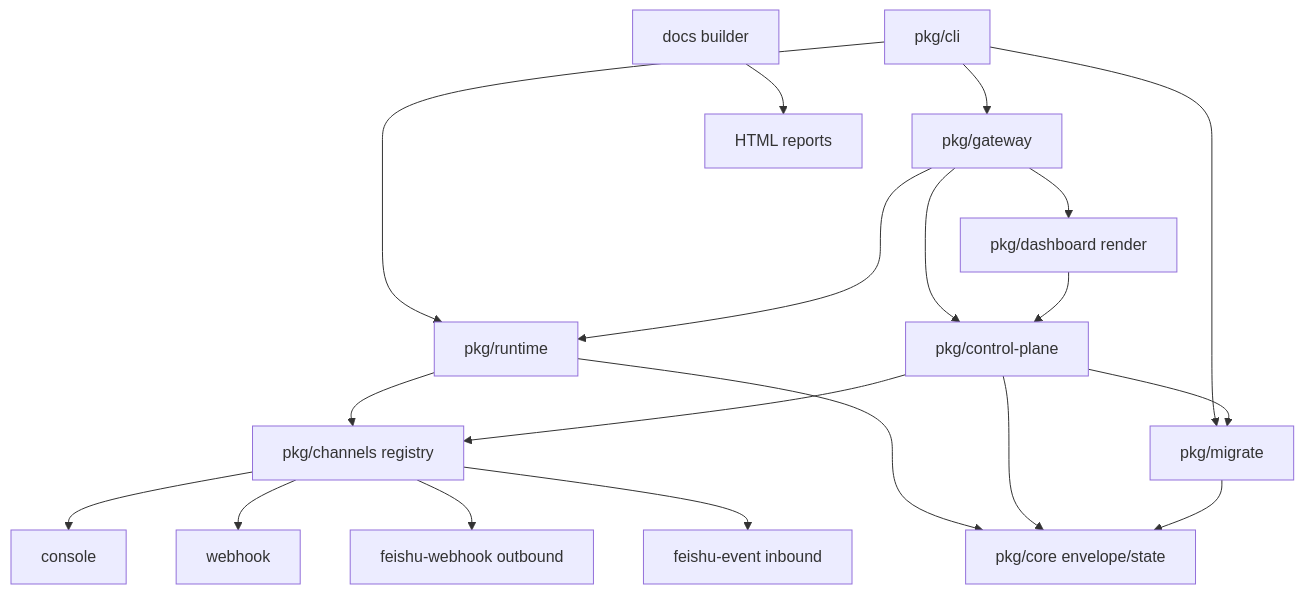
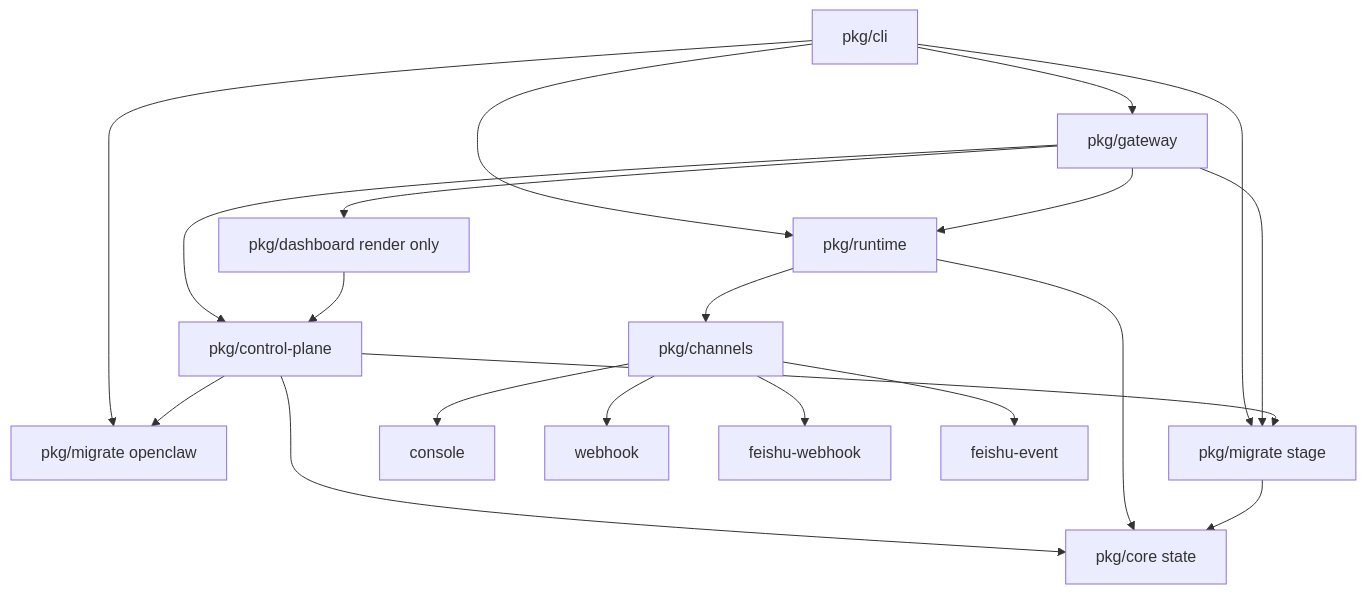
Before and after one commit to mayf3/myclaw: the second of 9 diagrams in docs/implementation-architecture.md, drawn with Mermaid. The commit also changed other lines of this file and 18 other files, not shown here.

Commit message:
feat: guard gateway mutations and stage openclaw migration

````diff
--- a/docs/implementation-architecture.md
+++ b/docs/implementation-architecture.md
@@ -55,22 +60,23 @@
 ```mermaid
 flowchart TB
   CLI[pkg/cli] --> Runtime[pkg/runtime]
+  CLI --> MigratePlan[pkg/migrate openclaw]
+  CLI --> MigrateStage[pkg/migrate stage]
   CLI --> Gateway[pkg/gateway]
-  CLI --> Migrate[pkg/migrate]
   Gateway --> Runtime
-  Gateway --> Dashboard[pkg/dashboard render]
+  Gateway --> MigrateStage
+  Gateway --> Dashboard[pkg/dashboard render only]
   Gateway --> Control[pkg/control-plane]
   Dashboard --> Control
-  Runtime --> Channels[pkg/channels registry]
-  Runtime --> Core[pkg/core envelope/state]
-  Control --> Core
-  Control --> Channels
-  Control --> Migrate
-  Migrate --> Core
-  Docs[docs builder] --> Html[HTML reports]
+  Control --> Core[pkg/core state]
+  Control --> MigratePlan
+  Control --> MigrateStage
+  Runtime --> Channels[pkg/channels]
+  Runtime --> Core
+  MigrateStage --> Core
 
   Channels --> Console[console]
   Channels --> Webhook[webhook]
-  Channels --> FeishuWebhook[feishu-webhook outbound]
-  Channels --> FeishuEvent[feishu-event inbound]
+  Channels --> FeishuWebhook[feishu-webhook]
+  Channels --> FeishuEvent[feishu-event]
 ```
````
